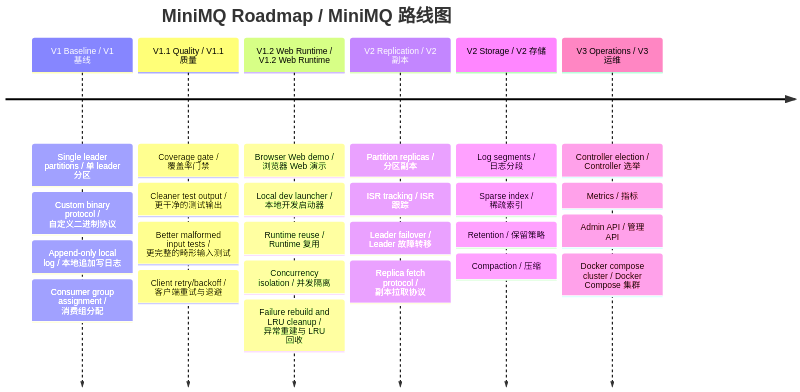
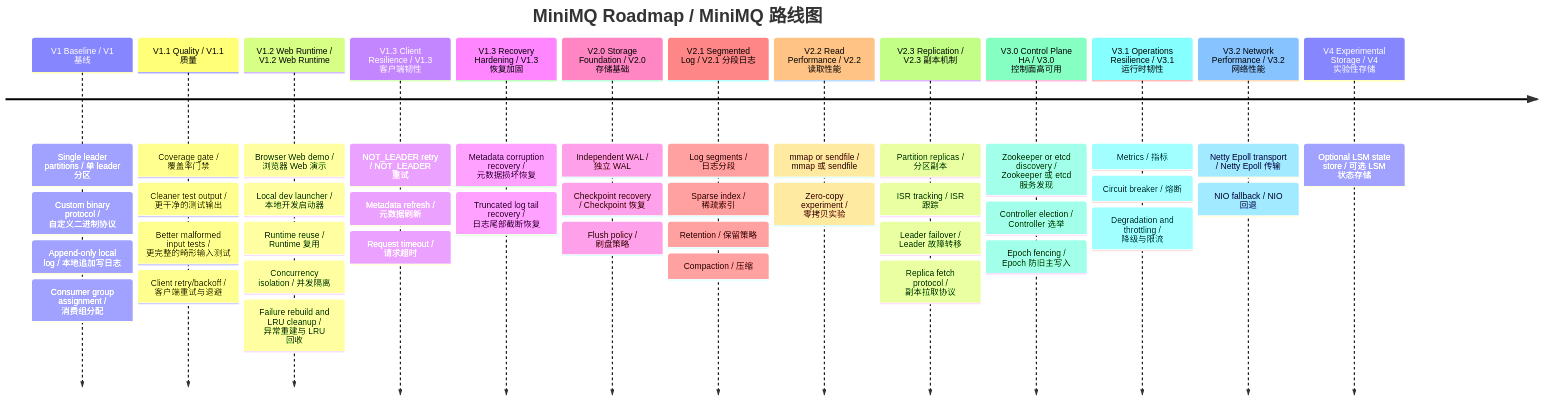
Before and after one commit to wxw121/miniMQ: the first of 3 diagrams in docs/roadmap.md, drawn with Mermaid. The commit also changed other lines of this file and 37 other files, not shown here.

````diff
--- a/docs/roadmap.md
+++ b/docs/roadmap.md
@@ -34,29 +34,44 @@
 ```mermaid
 timeline
     title MiniMQ Roadmap / MiniMQ 路线图
     V1 Baseline / V1 基线 : Single leader partitions / 单 leader 分区
                            : Custom binary protocol / 自定义二进制协议
                            : Append-only local log / 本地追加写日志
                            : Consumer group assignment / 消费组分配
     V1.1 Quality / V1.1 质量 : Coverage gate / 覆盖率门禁
                              : Cleaner test output / 更干净的测试输出
                              : Better malformed input tests / 更完整的畸形输入测试
                              : Client retry/backoff / 客户端重试与退避
     V1.2 Web Runtime / V1.2 Web Runtime : Browser Web demo / 浏览器 Web 演示
                                          : Local dev launcher / 本地开发启动器
                                          : Runtime reuse / Runtime 复用
                                          : Concurrency isolation / 并发隔离
                                          : Failure rebuild and LRU cleanup / 异常重建与 LRU 回收
-    V2 Replication / V2 副本 : Partition replicas / 分区副本
-                             : ISR tracking / ISR 跟踪
-                             : Leader failover / Leader 故障转移
-                             : Replica fetch protocol / 副本拉取协议
-    V2 Storage / V2 存储 : Log segments / 日志分段
-                          : Sparse index / 稀疏索引
-                          : Retention / 保留策略
-                          : Compaction / 压缩
-    V3 Operations / V3 运维 : Controller election / Controller 选举
-                            : Metrics / 指标
-                            : Admin API / 管理 API
-                            : Docker compose cluster / Docker Compose 集群
+    V1.3 Client Resilience / V1.3 客户端韧性 : NOT_LEADER retry / NOT_LEADER 重试
+                                             : Metadata refresh / 元数据刷新
+                                             : Request timeout / 请求超时
+    V1.3 Recovery Hardening / V1.3 恢复加固 : Metadata corruption recovery / 元数据损坏恢复
+                                             : Truncated log tail recovery / 日志尾部截断恢复
+    V2.0 Storage Foundation / V2.0 存储基础 : Independent WAL / 独立 WAL
+                                             : Checkpoint recovery / Checkpoint 恢复
+                                             : Flush policy / 刷盘策略
+    V2.1 Segmented Log / V2.1 分段日志 : Log segments / 日志分段
+                                       : Sparse index / 稀疏索引
+                                       : Retention / 保留策略
+                                       : Compaction / 压缩
+    V2.2 Read Performance / V2.2 读取性能 : mmap or sendfile / mmap 或 sendfile
+                                           : Zero-copy experiment / 零拷贝实验
+    V2.3 Replication / V2.3 副本机制 : Partition replicas / 分区副本
+                                      : ISR tracking / ISR 跟踪
+                                      : Leader failover / Leader 故障转移
+                                      : Replica fetch protocol / 副本拉取协议
+    V3.0 Control Plane HA / V3.0 控制面高可用 : Zookeeper or etcd discovery / Zookeeper 或 etcd 服务发现
+                                                : Controller election / Controller 选举
+                                                : Epoch fencing / Epoch 防旧主写入
+    V3.1 Operations Resilience / V3.1 运行时韧性 : Metrics / 指标
+                                                  : Circuit breaker / 熔断
+                                                  : Degradation and throttling / 降级与限流
+    V3.2 Network Performance / V3.2 网络性能 : Netty Epoll transport / Netty Epoll 传输
+                                              : NIO fallback / NIO 回退
+    V4 Experimental Storage / V4 实验性存储 : Optional LSM state store / 可选 LSM 状态存储
 ```
````
